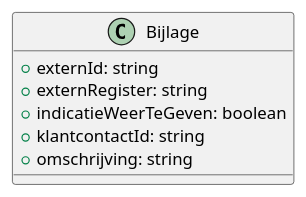
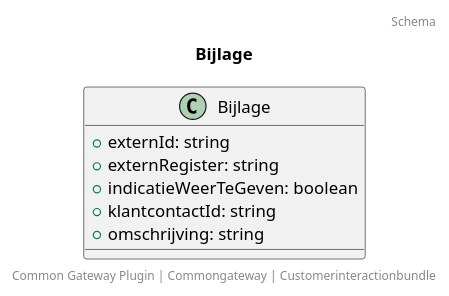
The diagram in docs/schema/klant.bijlage.puml (CommonGateway/CustomerInteractionBundle), drawn with PlantUML before and after one commit. The commit also changed 41 other files, not shown here.

```diff
--- a/docs/schema/klant.bijlage.puml
+++ b/docs/schema/klant.bijlage.puml
@@ -1,9 +1,13 @@
 @startuml
+title: Bijlage
+footer: Common Gateway Plugin | Commongateway | Customerinteractionbundle 
+header: Schema
+
 class Bijlage {
   + externId: string
   + externRegister: string
   + indicatieWeerTeGeven: boolean
   + klantcontactId: string
   + omschrijving: string
 }
 @enduml
```
